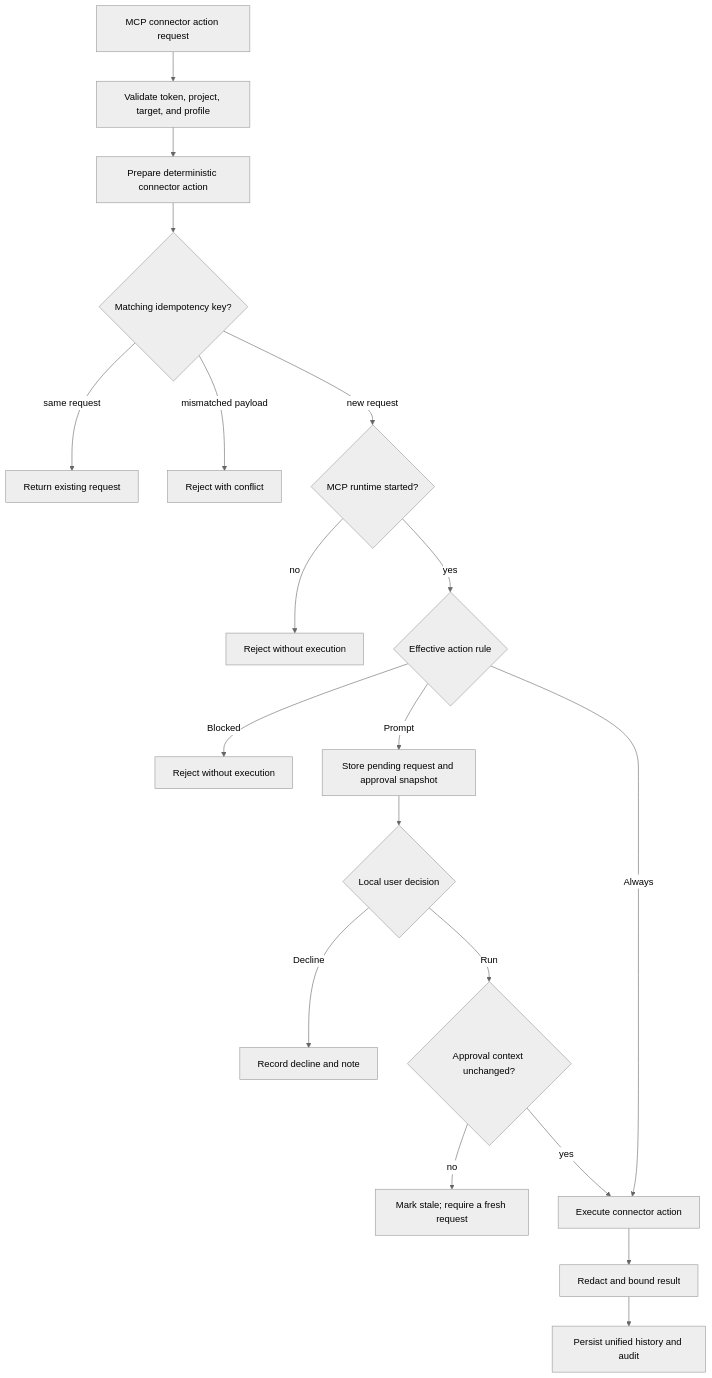
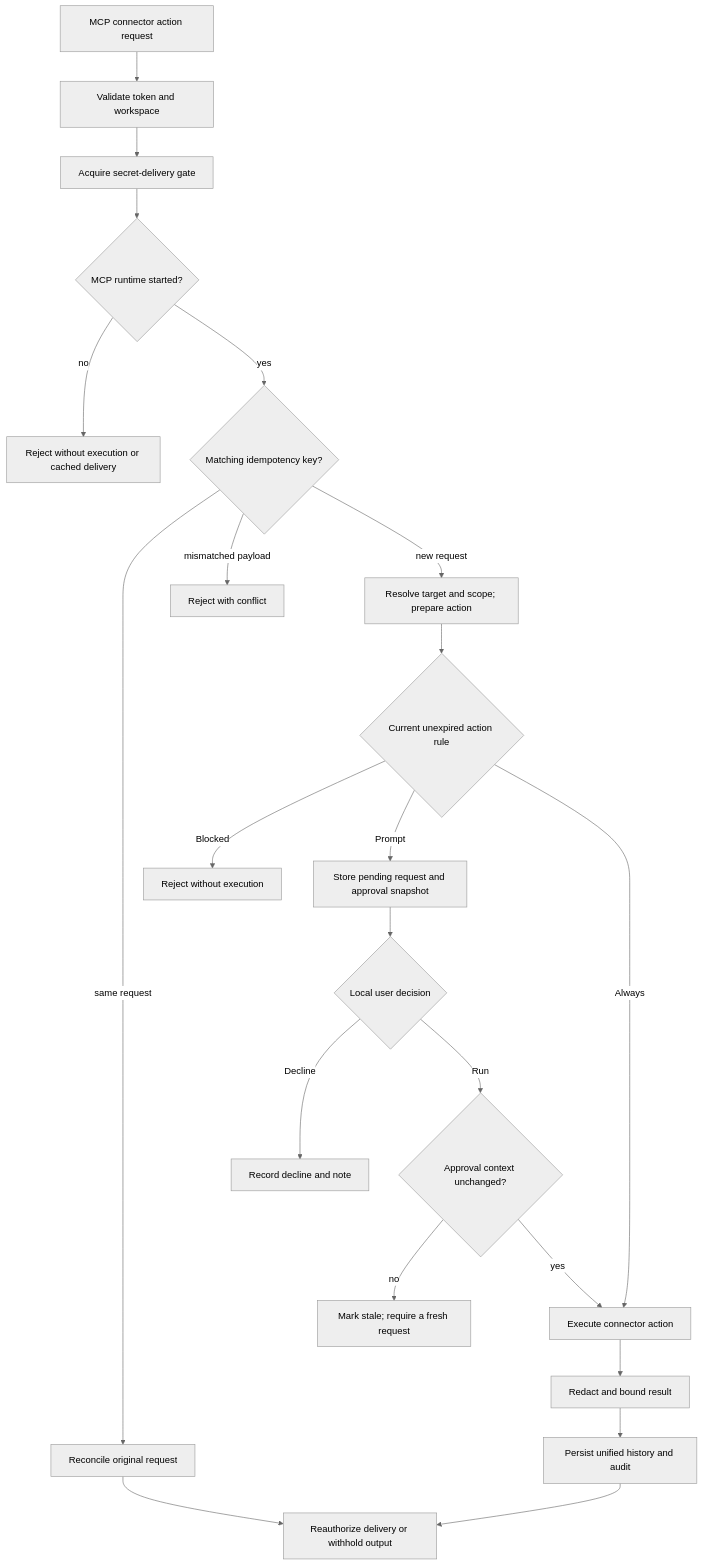
One commit to aipermission/aipermission changed the diagram in docs/architecture/mcp-permission-flow.md. Above: the diagram before and after it, drawn with Mermaid (neutral theme). The commit also changed other lines of this file, not shown here.

Commit message:
docs(mcp): align replay and runtime authorization order

````diff
--- a/docs/architecture/mcp-permission-flow.md
+++ b/docs/architecture/mcp-permission-flow.md
@@ -92,21 +96,24 @@
 ```mermaid
 flowchart TD
-  Request[MCP connector action request] --> Auth[Validate token, project, target, and profile]
-  Auth --> Prepare[Prepare deterministic connector action]
-  Prepare --> Idempotency{Matching idempotency key?}
-  Idempotency -->|same request| Existing[Return existing request]
+  Request[MCP connector action request] --> Auth[Validate token and workspace]
+  Auth --> Gate[Acquire secret-delivery gate]
+  Gate --> Runtime{MCP runtime started?}
+  Runtime -->|no| Stopped[Reject without execution or cached delivery]
+  Runtime -->|yes| Idempotency{Matching idempotency key?}
+  Idempotency -->|same request| Existing[Reconcile original request]
+  Existing --> Delivery[Reauthorize delivery or withhold output]
   Idempotency -->|mismatched payload| Conflict[Reject with conflict]
-  Idempotency -->|new request| Runtime{MCP runtime started?}
-  Runtime -->|no| Stopped[Reject without execution]
-  Runtime -->|yes| Rule{Effective action rule}
+  Idempotency -->|new request| Prepare[Resolve target and scope; prepare action]
+  Prepare --> Rule{Current unexpired action rule}
   Rule -->|Blocked| Blocked[Reject without execution]
   Rule -->|Prompt| Pending[Store pending request and approval snapshot]
   Pending --> Decision{Local user decision}
   Decision -->|Decline| Declined[Record decline and note]
   Decision -->|Run| Revalidate{Approval context unchanged?}
   Revalidate -->|no| Stale[Mark stale; require a fresh request]
   Revalidate -->|yes| Execute[Execute connector action]
   Rule -->|Always| Execute
   Execute --> Project[Redact and bound result]
   Project --> Record[Persist unified history and audit]
+  Record --> Delivery
 ```
````
